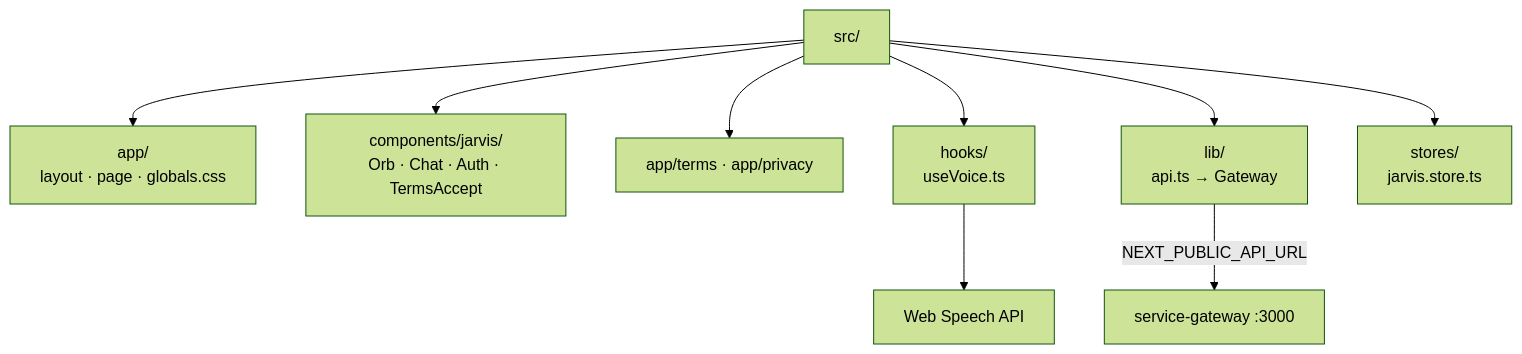
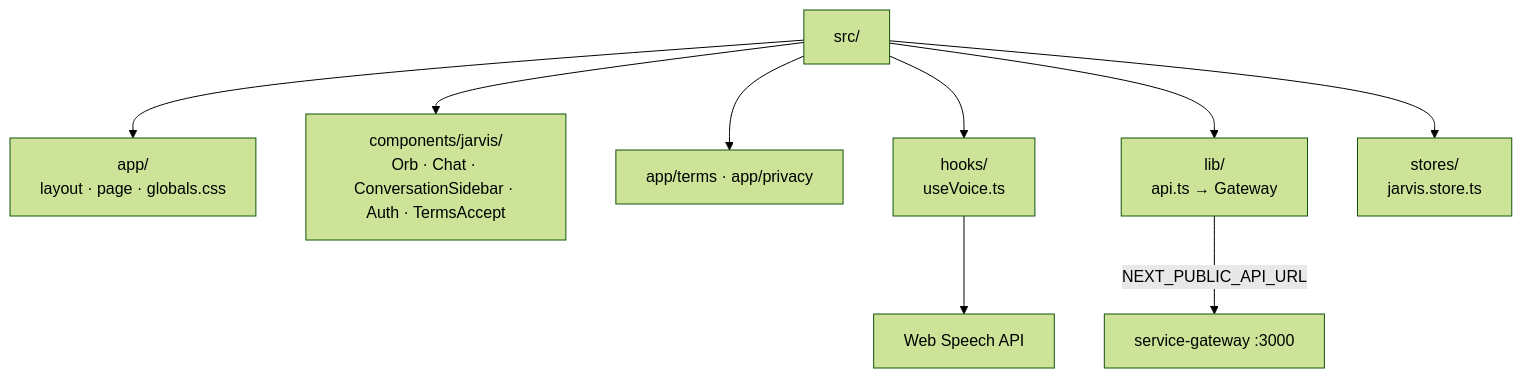
One commit to FranciscoStanley/MyJarvis changed the diagram in .cursor/skills/nextjs-frontend/SKILL.md. Above: the diagram before and after it, drawn with Mermaid (forest theme). The commit also changed other lines of this file and 19 other files, not shown here.

````diff
--- a/.cursor/skills/nextjs-frontend/SKILL.md
+++ b/.cursor/skills/nextjs-frontend/SKILL.md
@@ -23,12 +23,12 @@
 ```mermaid
 flowchart TB
     SRC[src/] --> APP[app/<br/>layout · page · globals.css]
-    SRC --> COMP[components/jarvis/<br/>Orb · Chat · Auth · TermsAccept]
+    SRC --> COMP[components/jarvis/<br/>Orb · Chat · ConversationSidebar · Auth · TermsAccept]
     SRC --> PAGES[app/terms · app/privacy]
     SRC --> HOOKS[hooks/<br/>useVoice.ts]
     SRC --> LIB[lib/<br/>api.ts → Gateway]
     SRC --> STORES[stores/<br/>jarvis.store.ts]
 
     LIB -->|NEXT_PUBLIC_API_URL| GW[service-gateway :3000]
     HOOKS --> SPEECH[Web Speech API]
 ```
````
